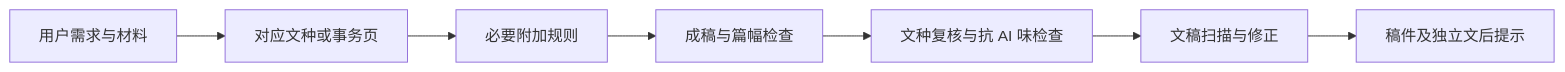
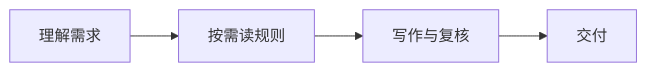
The diagram in packages/hermes/skills/chinese-official-writing/README.md (gongyu0918-debug/chinese-official-writing-skill), drawn with Mermaid before and after one commit. The commit also changed other lines of this file and 6 other files, not shown here.

````diff
--- a/packages/hermes/skills/chinese-official-writing/README.md
+++ b/packages/hermes/skills/chinese-official-writing/README.md
@@ -9,9 +9,6 @@
 ```mermaid
 flowchart LR
-    A[用户需求与材料] --> B[对应文种或事务页]
-    B --> C[必要附加规则]
-    C --> D[成稿与篇幅检查]
-    D --> E[文种复核与抗 AI 味检查]
-    E --> F[文稿扫描与修正]
-    F --> G[稿件及独立文后提示]
+    A[理解需求] --> B[按需读规则]
+    B --> C[写作与复核]
+    C --> D[交付]
 ```
````
